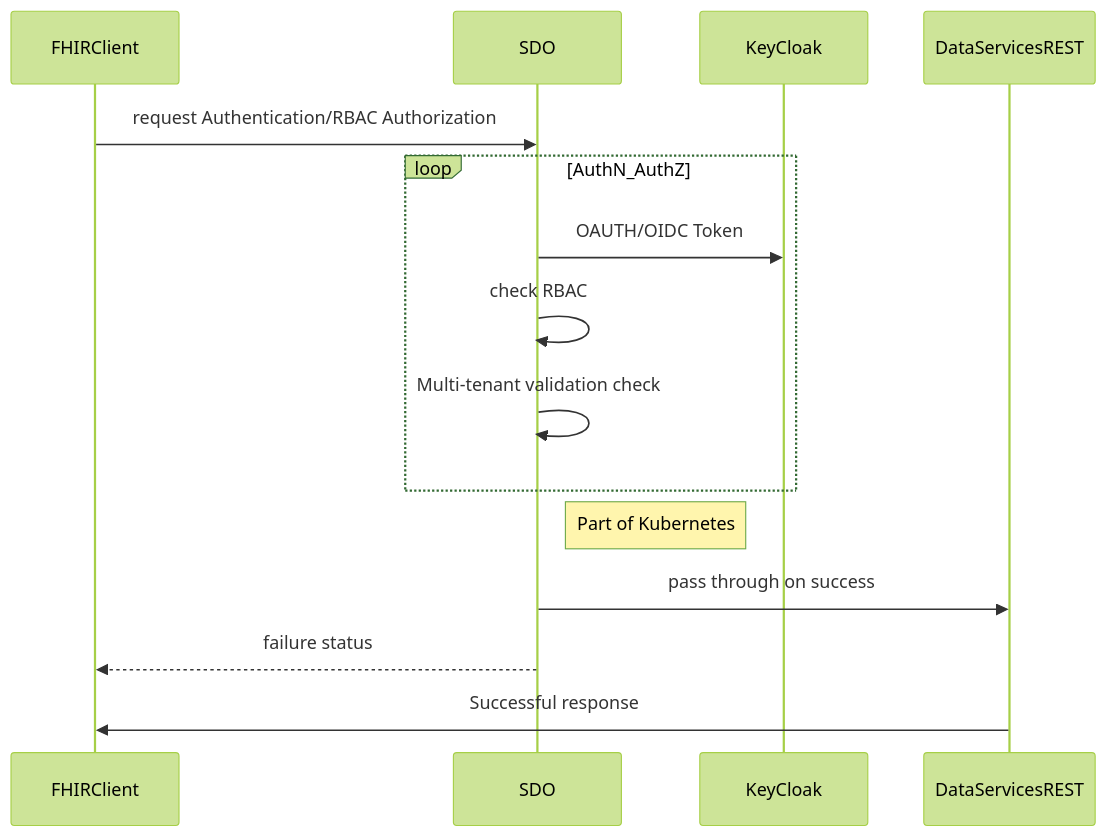
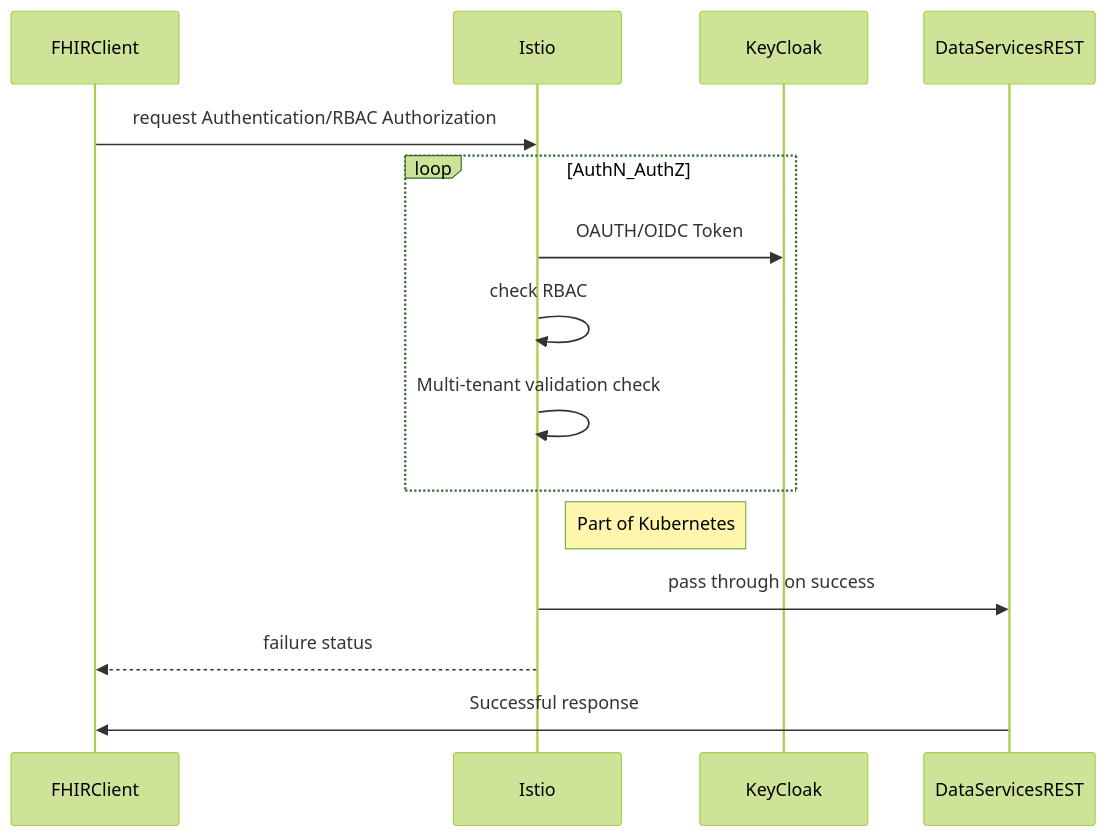
One commit to ameet123/authnauthz_docs changed the diagram in README.md. Above: the diagram before and after it, drawn with Mermaid (forest theme). The commit also changed 2 other files, not shown here.

Commit message:
SDO to Istio

````diff
--- a/README.md
+++ b/README.md
@@ -13,17 +13,17 @@
 ```mermaid
 sequenceDiagram
     participant FHIRClient
-    participant SDO
+    participant Istio
     participant KeyCloak
     participant DataServicesREST
-    FHIRClient->>SDO: request Authentication/RBAC Authorization
+    FHIRClient->>Istio: request Authentication/RBAC Authorization
     loop AuthN_AuthZ
-      SDO->>KeyCloak: OAUTH/OIDC Token
-      SDO->>SDO: check RBAC
-      SDO->>SDO: Multi-tenant validation check
+      Istio->>KeyCloak: OAUTH/OIDC Token
+      Istio->>Istio: check RBAC
+      Istio->>Istio: Multi-tenant validation check
     end
-    Note right of SDO: Part of Kubernetes
-    SDO->>DataServicesREST: pass through on success
-    SDO-->>FHIRClient: failure status
+    Note right of Istio: Part of Kubernetes
+    Istio->>DataServicesREST: pass through on success
+    Istio-->>FHIRClient: failure status
     DataServicesREST->>FHIRClient: Successful response
 ```
````
